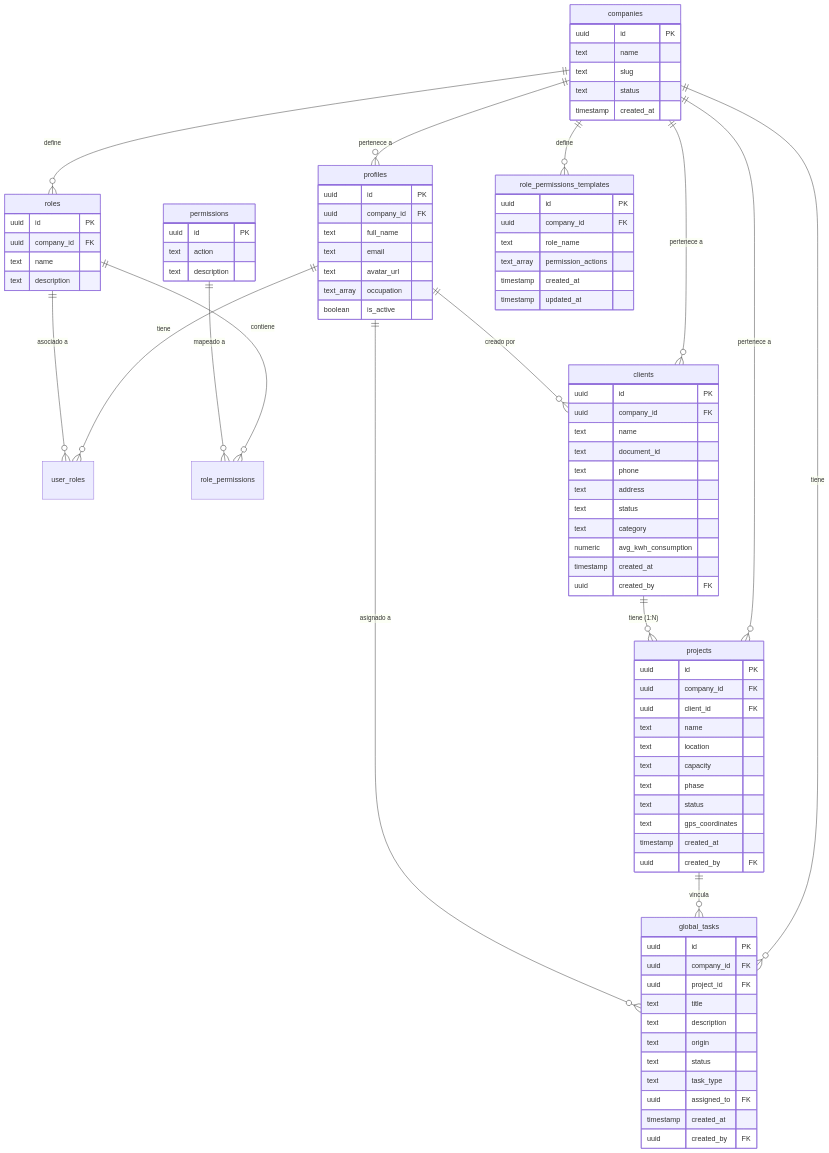
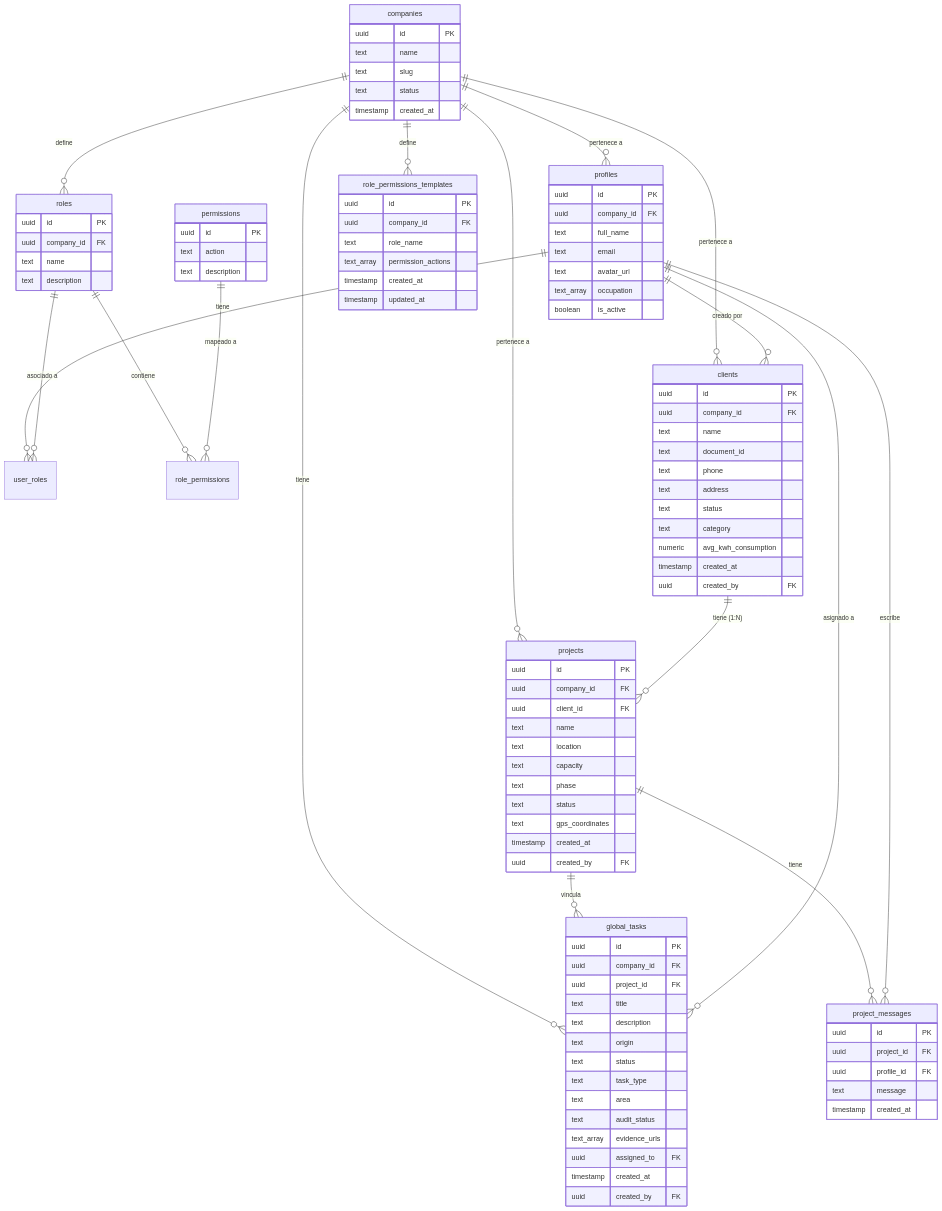
One commit to WilkerDev1/solar_hub changed the diagram in docs/architecture.md. Above: the diagram before and after it, drawn with Mermaid. The commit also changed 10 other files, not shown here.

```diff
--- a/docs/architecture.md
+++ b/docs/architecture.md
@@ -86,6 +86,8 @@
     projects ||--o{ global_tasks : "vincula"
     profiles ||--o{ global_tasks : "asignado a"
     companies ||--o{ role_permissions_templates : "define"
+    projects ||--o{ project_messages : "tiene"
+    profiles ||--o{ project_messages : "escribe"
 
     companies {
         uuid id PK
@@ -155,9 +157,20 @@
         text origin
         text status
         text task_type
+        text area
+        text audit_status
+        text_array evidence_urls
         uuid assigned_to FK
         timestamp created_at
         uuid created_by FK
+    }
+
+    project_messages {
+        uuid id PK
+        uuid project_id FK
+        uuid profile_id FK
+        text message
+        timestamp created_at
     }
 
     role_permissions_templates {
```
